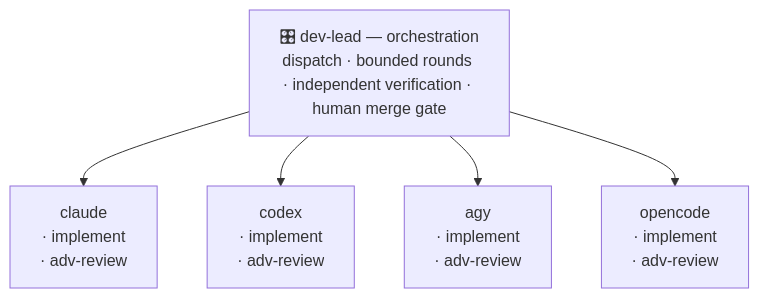
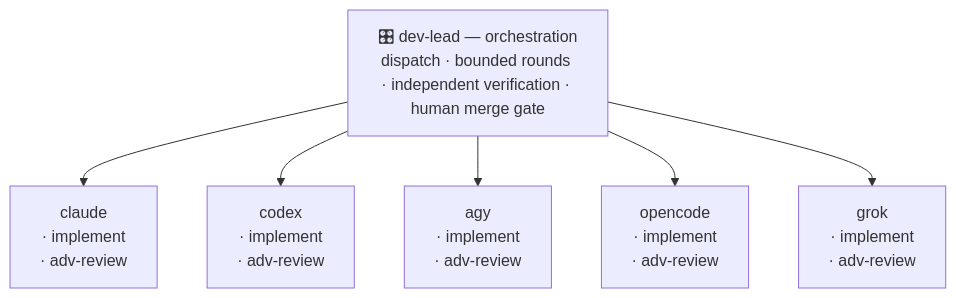
One commit to aarontzeng/dev-lead changed the first of 2 diagrams in README.md. Above: the diagram before and after it, drawn with Mermaid. The commit also changed other lines of this file and 10 other files, not shown here.

````diff
--- a/README.md
+++ b/README.md
@@ -18,12 +18,14 @@
 ```mermaid
 flowchart TD
     LEAD["🎛 dev-lead — orchestration<br/>dispatch · bounded rounds · independent verification · human merge gate"]
     C["claude<br/>· implement<br/>· adv-review"]
     X["codex<br/>· implement<br/>· adv-review"]
     A["agy<br/>· implement<br/>· adv-review"]
     O["opencode<br/>· implement<br/>· adv-review"]
+    G["grok<br/>· implement<br/>· adv-review"]
     LEAD --> C
     LEAD --> X
     LEAD --> A
     LEAD --> O
+    LEAD --> G
 ```
````
